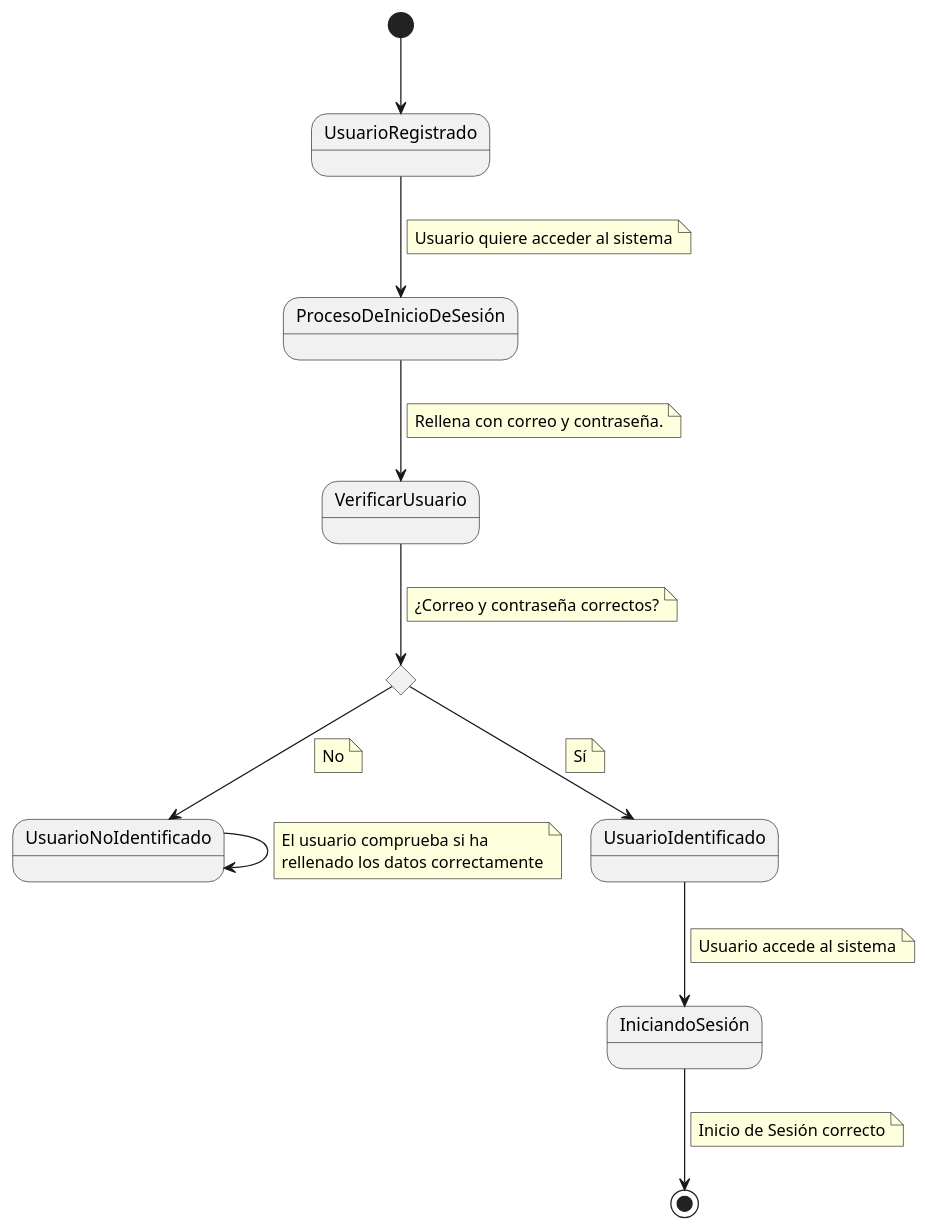
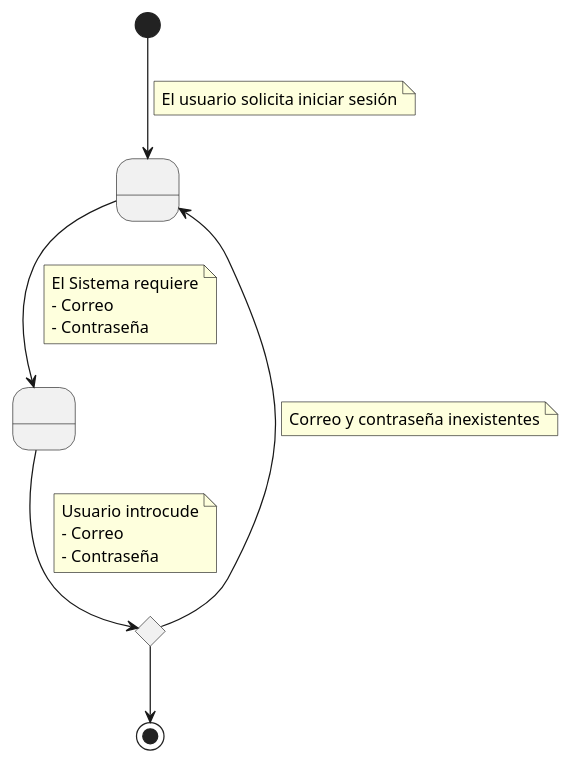
One commit to mmasias/24-25-IdSw1-SDR changed the diagram in Documentos/DetallarCasosDeUso/IniciarSesion.puml. Above: the diagram before and after it, drawn with PlantUML.

Commit message:
CdU Inicar Sesión

```diff
--- a/Documentos/DetallarCasosDeUso/IniciarSesion.puml
+++ b/Documentos/DetallarCasosDeUso/IniciarSesion.puml
@@ -1,47 +1,28 @@
 @startuml
-[*] --> UsuarioRegistrado
-UsuarioRegistrado --> ProcesoDeInicioDeSesión
+
+state " " as Estado1
+state " " as Estado2
+
+[*] --> Estado1
+    note on link
+        El usuario solicita iniciar sesión
+    end note
+Estado1 --> Estado2
+    note on link
+        El Sistema requiere
+        - Correo
+        - Contraseña
+    end note
+state rombo <<choice>>
+Estado2 --> rombo
 note on link
-    Usuario quiere acceder al sistema
+    Usuario introcude
+    - Correo
+    - Contraseña
 end note
-
-ProcesoDeInicioDeSesión --> VerificarUsuario
-note on link
-    Rellena con correo y contraseña.
-end note
-
-state rombo <<choice>>
-VerificarUsuario --> rombo
-note on link
-    ¿Correo y contraseña correctos?
-end note
-
-rombo --> UsuarioNoIdentificado
-note on link
-    No
-end note
-
-rombo --> UsuarioIdentificado
-note on link
-    Sí
-end note
-
-UsuarioIdentificado --> IniciandoSesión
-note on link
-    Usuario accede al sistema
-end note
-
-UsuarioNoIdentificado --> UsuarioNoIdentificado
-note on link
-    El usuario comprueba si ha
-    rellenado los datos correctamente
-end note
-
-IniciandoSesión --> [*]
-note on link
-    Inicio de Sesión correcto
-end note
-
-
-
+rombo --> [*]
+rombo --> Estado1
+    note on link
+    Correo y contraseña inexistentes
+    end note
 @enduml
```
